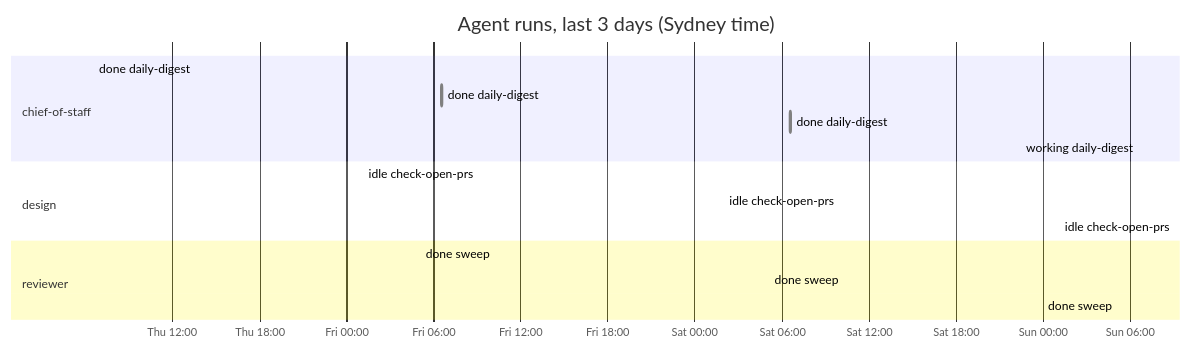
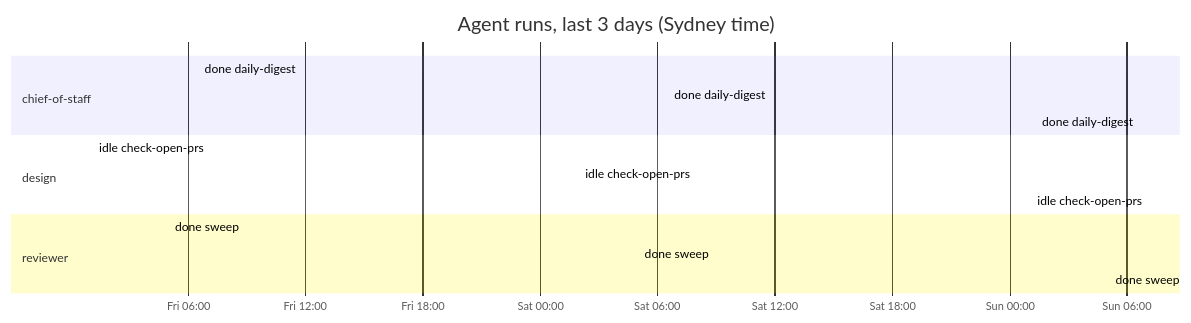
One commit to roulmediateam-byte/fifteen-expert-hq changed the diagram in dashboard.md. Above: the diagram before and after it, drawn with Mermaid. The commit also changed other lines of this file and 1 other file, not shown here.

````diff
--- a/dashboard.md
+++ b/dashboard.md
@@ -40,19 +41,18 @@
 ```mermaid
 gantt
     title Agent runs, last 3 days (Sydney time)
     dateFormat YYYY-MM-DD HH:mm
     axisFormat %a %H:%M
     section chief-of-staff
-    done daily-digest :done, 2026-11-12 06:35, 2026-11-12 06:36
     done daily-digest :done, 2026-11-13 06:34, 2026-11-13 06:36
     done daily-digest :done, 2026-11-14 06:35, 2026-11-14 06:36
-    working daily-digest :active, 2026-11-15 06:35, 2026-11-15 06:35
+    done daily-digest :done, 2026-11-15 06:35, 2026-11-15 06:36
     section design
     idle check-open-prs :done, 2026-11-13 01:11, 2026-11-13 01:11
     idle check-open-prs :done, 2026-11-14 02:01, 2026-11-14 02:02
     idle check-open-prs :done, 2026-11-15 01:08, 2026-11-15 01:09
     section reviewer
     done sweep :done, 2026-11-13 05:05, 2026-11-13 05:05
     done sweep :done, 2026-11-14 05:05, 2026-11-14 05:06
     done sweep :done, 2026-11-15 05:07, 2026-11-15 05:08
 ```
````
